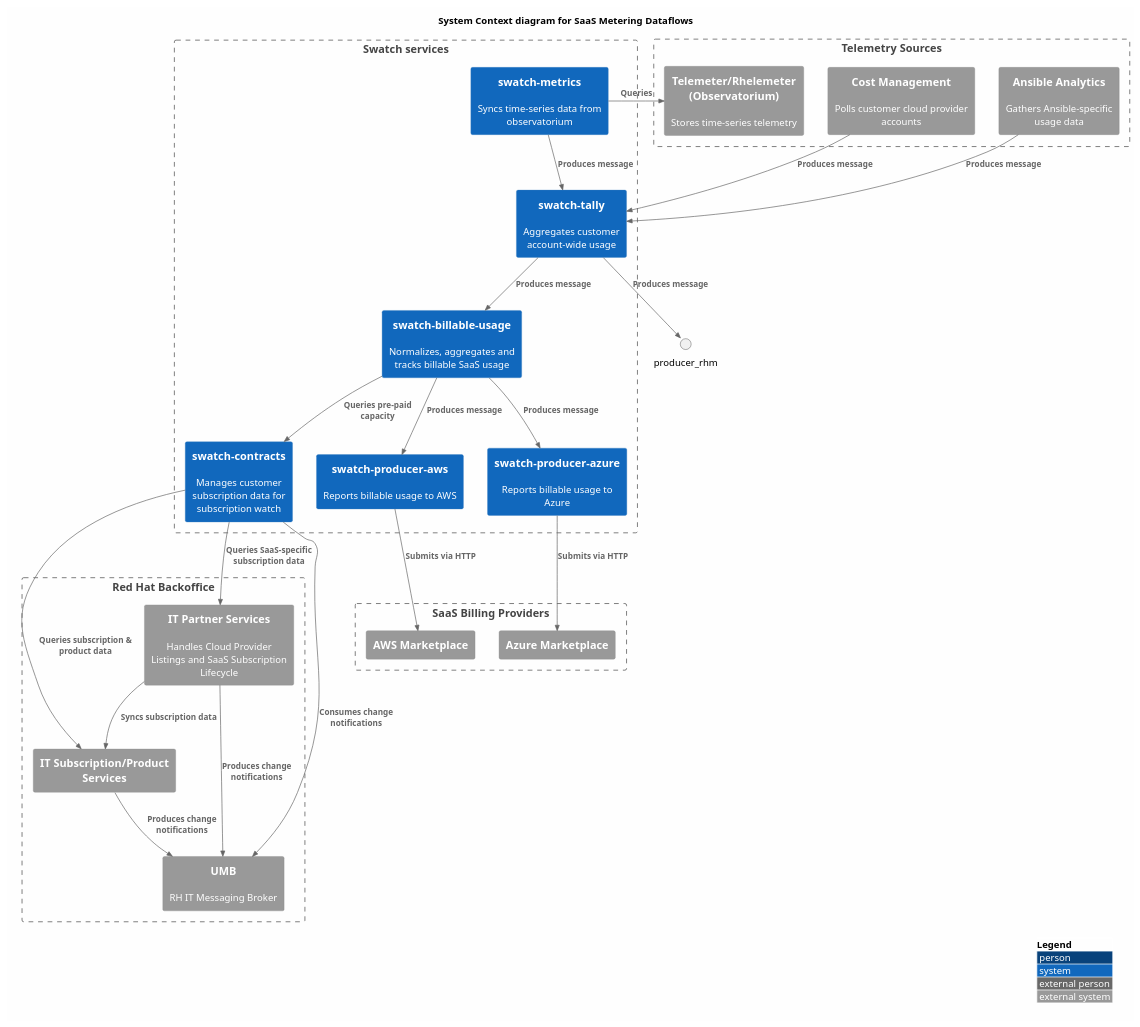
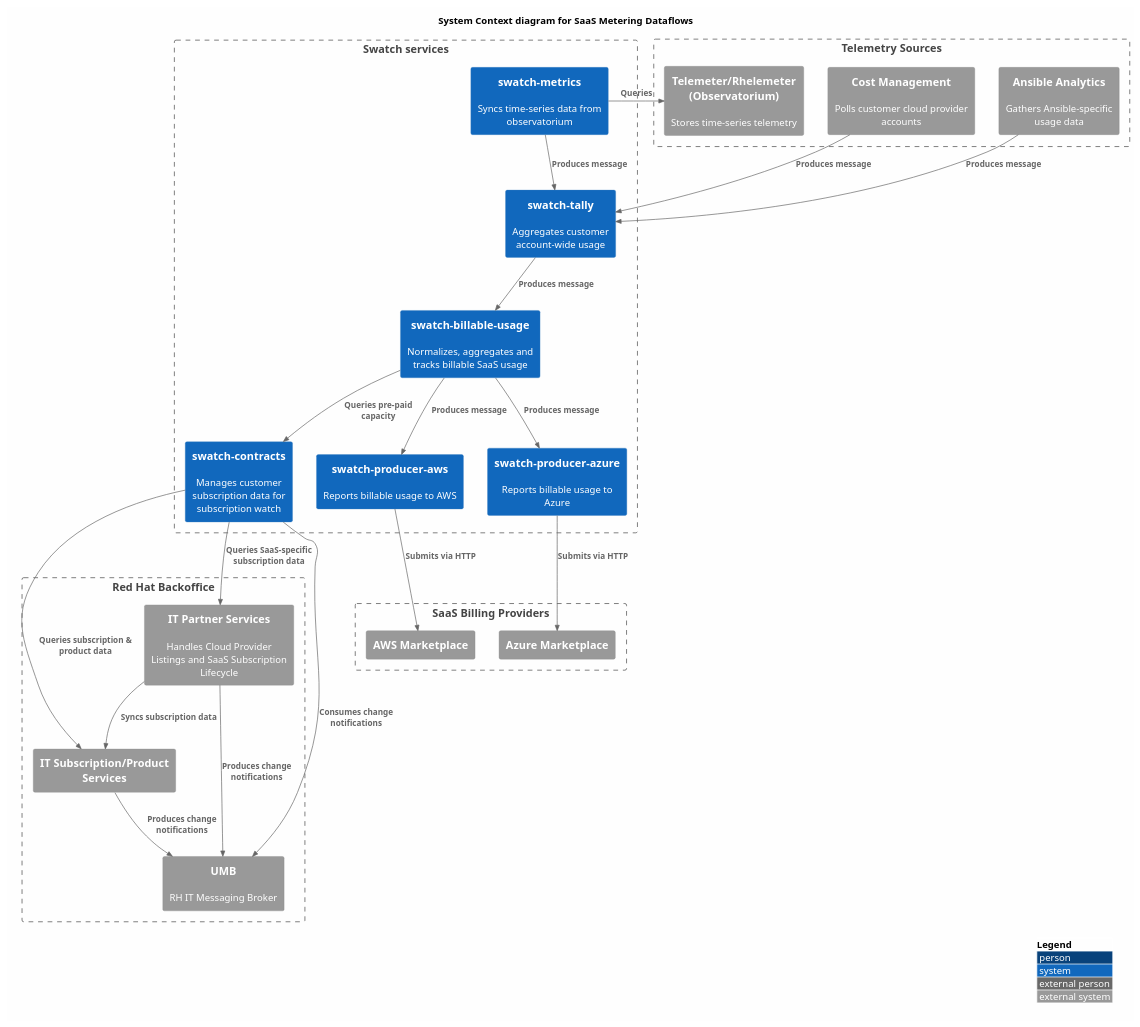
Before and after one commit to RedHatInsights/rhsm-subscriptions: the diagram in docs/payg-flow-context.puml, drawn with PlantUML. The commit also changed 3 other files, not shown here.

```diff
--- a/docs/payg-flow-context.puml
+++ b/docs/payg-flow-context.puml
@@ -1,55 +1,54 @@
 @startuml
 !include <C4/C4_Context>
 
 ' see https://forum.plantuml.net/8356/white-backgrounds-are-rendered-transparent-in-svg
 skinparam backgroundColor #FEFEFE
 
 LAYOUT_WITH_LEGEND()
 'LAYOUT_LEFT_RIGHT()
 
 title System Context diagram for SaaS Metering Dataflows
 
 Boundary(backoffice, "Red Hat Backoffice") {
   System_Ext(subprod, "IT Subscription/Product Services")
   System_Ext(umb, "UMB", "RH IT Messaging Broker")
   System_Ext(partnergw, "IT Partner Services", "Handles Cloud Provider Listings and SaaS Subscription Lifecycle")
 }
 
 Boundary(telemetry, "Telemetry Sources") {
   System_Ext(observatorium, "Telemeter/Rhelemeter (Observatorium)", "Stores time-series telemetry")
   System_Ext(cost, "Cost Management", "Polls customer cloud provider accounts")
   System_Ext(ansible, "Ansible Analytics", "Gathers Ansible-specific usage data")
 }
 Boundary(swatch, "Swatch services") {
   System(contracts, "swatch-contracts", "Manages customer subscription data for subscription watch")
   System(metrics, "swatch-metrics", "Syncs time-series data from observatorium")
   System(tally, "swatch-tally", "Aggregates customer account-wide usage")
   System(billable_usage, "swatch-billable-usage", "Normalizes, aggregates and tracks billable SaaS usage")
   System(producer_aws, "swatch-producer-aws", "Reports billable usage to AWS")
   System(producer_azure, "swatch-producer-azure", "Reports billable usage to Azure")
 }
 
 Boundary(cloud_providers, "SaaS Billing Providers") {
   System_Ext(aws, "AWS Marketplace")
   System_Ext(azure, "Azure Marketplace")
 }
 
 Rel(metrics, observatorium, "Queries")
 Rel(metrics, tally, "Produces message")
 Rel(cost, tally, "Produces message")
 Rel(ansible, tally, "Produces message")
 Rel(partnergw, subprod, "Syncs subscription data")
 Rel(partnergw, umb, "Produces change notifications")
 Rel(subprod, umb, "Produces change notifications")
 Rel(contracts, umb, "Consumes change notifications")
 Rel(contracts, subprod, "Queries subscription & product data")
 Rel(contracts, partnergw, "Queries SaaS-specific subscription data")
 Rel(tally, billable_usage, "Produces message")
 Rel(billable_usage, producer_aws, "Produces message")
 Rel(billable_usage, producer_azure, "Produces message")
 Rel(billable_usage, contracts, "Queries pre-paid capacity")
-Rel(tally, producer_rhm, "Produces message")
 Rel(producer_aws, aws, "Submits via HTTP")
 Rel(producer_azure, azure, "Submits via HTTP")
 
 @enduml
```
